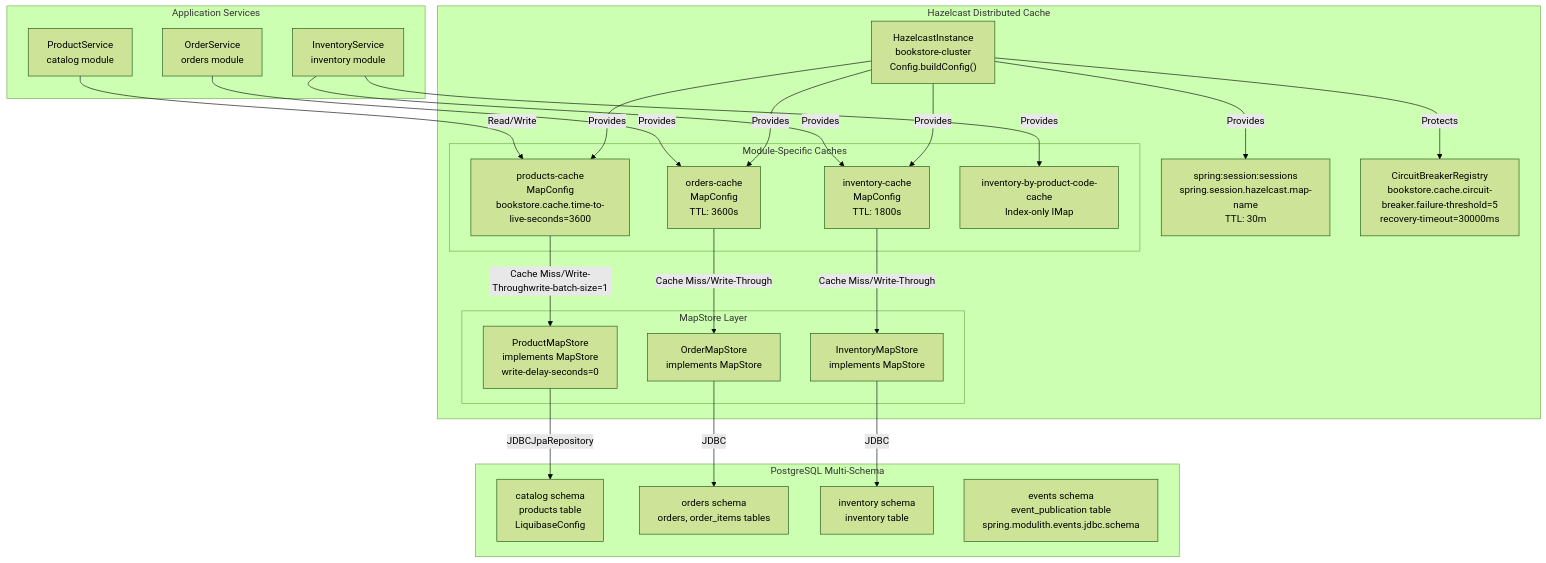
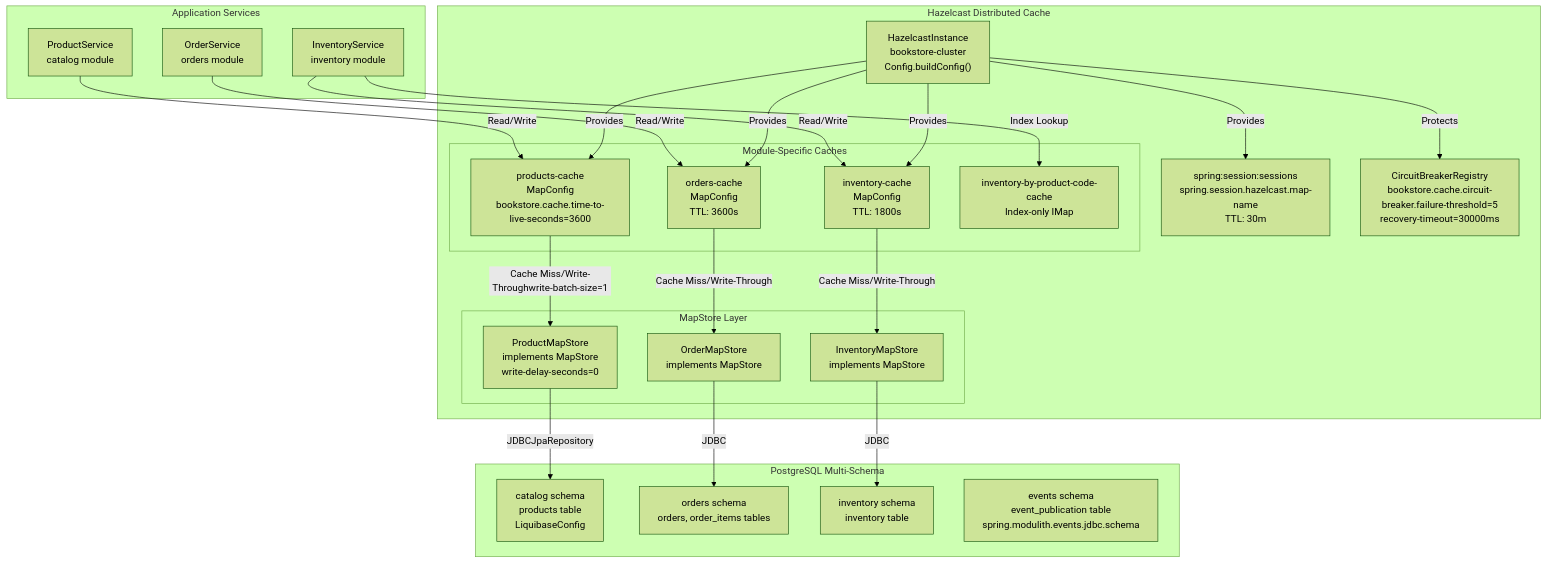
Before and after one commit to philipz/spring-modular-monolith: the third of 5 diagrams in docs/deepwiki/System-Architecture-Diagrams.md, drawn with Mermaid (forest theme). The commit also changed other lines of this file and 32 other files, not shown here.

````diff
--- a/docs/deepwiki/System-Architecture-Diagrams.md
+++ b/docs/deepwiki/System-Architecture-Diagrams.md
@@ -248,69 +248,69 @@
 ```mermaid
 flowchart TD
 
 CatalogSvc["ProductService<br>catalog module"]
 OrdersSvc["OrderService<br>orders module"]
 InventorySvc["InventoryService<br>inventory module"]
 HZInstance["HazelcastInstance<br>bookstore-cluster<br>Config.buildConfig()"]
 ProductCache["products-cache<br>MapConfig<br>bookstore.cache.time-to-live-seconds=3600"]
 OrderCache["orders-cache<br>MapConfig<br>TTL: 3600s"]
 InventoryCache["inventory-cache<br>MapConfig<br>TTL: 1800s"]
 InventoryIndex["inventory-by-product-code-cache<br>Index-only IMap"]
 ProductMS["ProductMapStore<br>implements MapStore<String, Product><br>write-delay-seconds=0"]
 OrderMS["OrderMapStore<br>implements MapStore<String, OrderDTO>"]
 InventoryMS["InventoryMapStore<br>implements MapStore<Long, Inventory>"]
 SessionStore["spring:session:sessions<br>spring.session.hazelcast.map-name<br>TTL: 30m"]
 CircuitBreaker["CircuitBreakerRegistry<br>bookstore.cache.circuit-breaker.failure-threshold=5<br>recovery-timeout=30000ms"]
 CatalogSchema["catalog schema<br>products table<br>LiquibaseConfig"]
 OrdersSchema["orders schema<br>orders, order_items tables"]
 InventorySchema["inventory schema<br>inventory table"]
 EventsSchema["events schema<br>event_publication table<br>spring.modulith.events.jdbc.schema"]
 
 CatalogSvc -->|"Read/Write"| ProductCache
-OrdersSvc -->|"Provides"| OrderCache
-InventorySvc -->|"Provides"| InventoryCache
-InventorySvc -->|"Provides"| InventoryIndex
+OrdersSvc -->|"Read/Write"| OrderCache
+InventorySvc -->|"Read/Write"| InventoryCache
+InventorySvc -->|"Index Lookup"| InventoryIndex
 ProductMS -->|"JDBCJpaRepository"| CatalogSchema
 OrderMS -->|"JDBC"| OrdersSchema
 InventoryMS -->|"JDBC"| InventorySchema
 
 subgraph subGraph4 ["PostgreSQL Multi-Schema"]
     CatalogSchema
     OrdersSchema
     InventorySchema
     EventsSchema
 end
 
 subgraph subGraph3 ["Hazelcast Distributed Cache"]
     HZInstance
     SessionStore
     CircuitBreaker
     ProductCache -->|"Cache Miss/Write-Throughwrite-batch-size=1"| ProductMS
     OrderCache -->|"Cache Miss/Write-Through"| OrderMS
     InventoryCache -->|"Cache Miss/Write-Through"| InventoryMS
     HZInstance -->|"Provides"| ProductCache
     HZInstance -->|"Provides"| OrderCache
     HZInstance -->|"Provides"| InventoryCache
     HZInstance -->|"Provides"| SessionStore
     HZInstance -->|"Protects"| CircuitBreaker
 
 subgraph subGraph2 ["MapStore Layer"]
     ProductMS
     OrderMS
     InventoryMS
 end
 
 subgraph subGraph1 ["Module-Specific Caches"]
     ProductCache
     OrderCache
     InventoryCache
     InventoryIndex
 end
 end
 
 subgraph subGraph0 ["Application Services"]
     CatalogSvc
     OrdersSvc
     InventorySvc
 end
 ```
````
